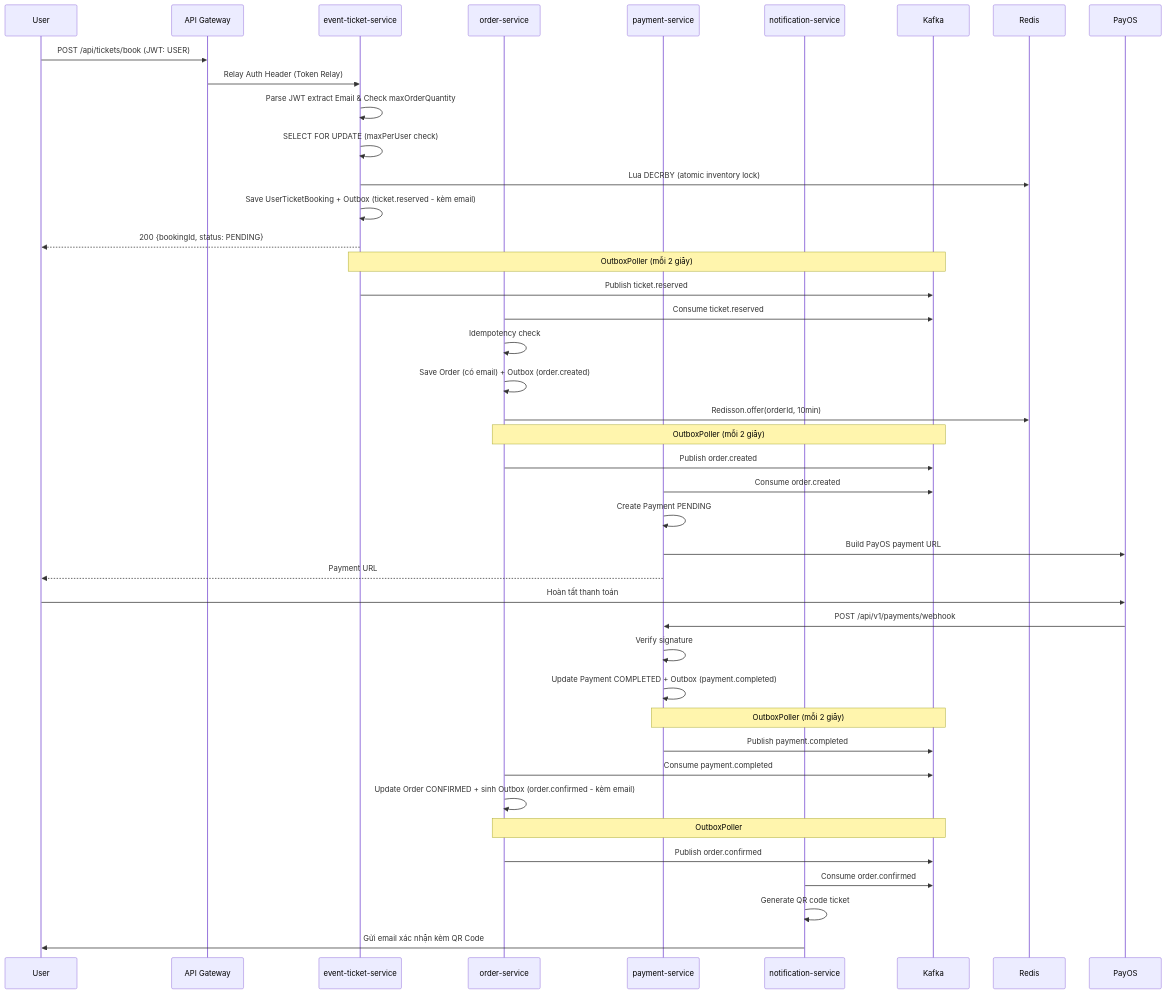
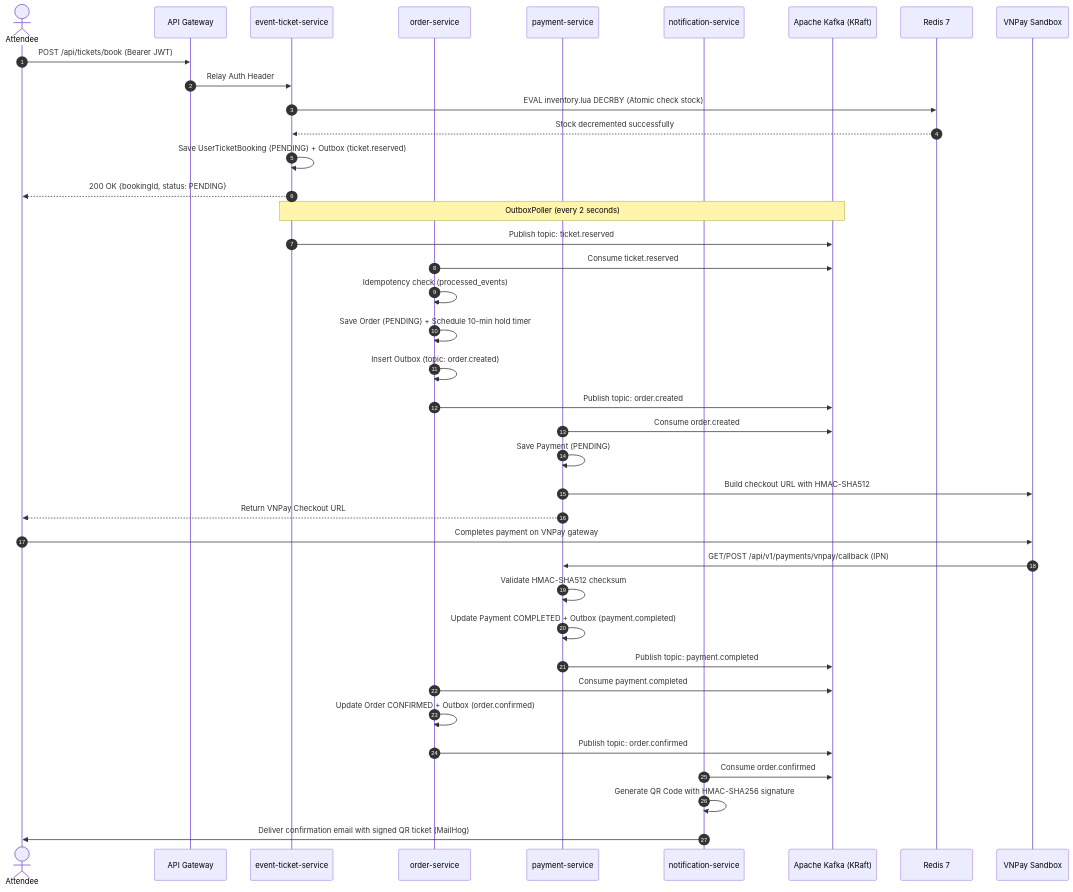
One commit to tcnguywn/event-ticket-booking changed the third of 5 diagrams in docs/analysis-and-design.md. Above: the diagram before and after it, drawn with Mermaid. The commit also changed other lines of this file and 2 other files, not shown here.

````diff
--- a/docs/analysis-and-design.md
+++ b/docs/analysis-and-design.md
@@ -167,54 +217,48 @@
 ```mermaid
 sequenceDiagram
-    participant U as User
+    autonumber
+    actor Attendee
     participant GW as API Gateway
     participant ETS as event-ticket-service
     participant OS as order-service
     participant PS as payment-service
     participant NS as notification-service
-    participant K as Kafka
-    participant R as Redis
-    participant PO as PayOS
+    participant Kafka as Apache Kafka (KRaft)
+    participant Redis as Redis 7
+    participant VNPay as VNPay Sandbox
 
-    U->>GW: POST /api/tickets/book (JWT: USER)
-    GW->>ETS: Relay Auth Header (Token Relay)
-    ETS->>ETS: Parse JWT extract Email & Check maxOrderQuantity
-    ETS->>ETS: SELECT FOR UPDATE (maxPerUser check)
-    ETS->>R: Lua DECRBY (atomic inventory lock)
-    ETS->>ETS: Save UserTicketBooking + Outbox (ticket.reserved - kèm email)
-    ETS-->>U: 200 {bookingId, status: PENDING}
+    Attendee->>GW: POST /api/tickets/book (Bearer JWT)
+    GW->>ETS: Relay Auth Header
+    ETS->>Redis: EVAL inventory.lua DECRBY (Atomic check stock)
+    Redis-->>ETS: Stock decremented successfully
+    ETS->>ETS: Save UserTicketBooking (PENDING) + Outbox (ticket.reserved)
+    ETS-->>Attendee: 200 OK {bookingId, status: PENDING}
 
-    Note over ETS,K: OutboxPoller (mỗi 2 giây)
-    ETS->>K: Publish ticket.reserved
+    Note over ETS,Kafka: OutboxPoller (every 2 seconds)
+    ETS->>Kafka: Publish topic: ticket.reserved
 
-    OS->>K: Consume ticket.reserved
-    OS->>OS: Idempotency check
-    OS->>OS: Save Order (có email) + Outbox (order.created)
-    OS->>R: Redisson.offer(orderId, 10min)
+    OS->>Kafka: Consume ticket.reserved
+    OS->>OS: Idempotency check (processed_events)
+    OS->>OS: Save Order (PENDING) + Schedule 10-min hold timer
+    OS->>OS: Insert Outbox (topic: order.created)
+    OS->>Kafka: Publish topic: order.created
 
-    Note over OS,K: OutboxPoller (mỗi 2 giây)
-    OS->>K: Publish order.created
+    PS->>Kafka: Consume order.created
+    PS->>PS: Save Payment (PENDING)
+    PS->>VNPay: Build checkout URL with HMAC-SHA512
+    PS-->>Attendee: Return VNPay Checkout URL
 
-    PS->>K: Consume order.created
-    PS->>PS: Create Payment PENDING
-    PS->>PO: Build PayOS payment URL
-    PS-->>U: Payment URL
+    Attendee->>VNPay: Completes payment on VNPay gateway
+    VNPay->>PS: GET/POST /api/v1/payments/vnpay/callback (IPN)
+    PS->>PS: Validate HMAC-SHA512 checksum
+    PS->>PS: Update Payment COMPLETED + Outbox (payment.completed)
+    PS->>Kafka: Publish topic: payment.completed
 
-    U->>PO: Hoàn tất thanh toán
-    PO->>PS: POST /api/v1/payments/webhook
-    PS->>PS: Verify signature 
-    PS->>PS: Update Payment COMPLETED + Outbox (payment.completed)
+    OS->>Kafka: Consume payment.completed
+    OS->>OS: Update Order CONFIRMED + Outbox (order.confirmed)
+    OS->>Kafka: Publish topic: order.confirmed
 
-    Note over PS,K: OutboxPoller (mỗi 2 giây)
-    PS->>K: Publish payment.completed
-
-    OS->>K: Consume payment.completed
-    OS->>OS: Update Order CONFIRMED + sinh Outbox (order.confirmed - kèm email)
-    
-    Note over OS,K: OutboxPoller
-    OS->>K: Publish order.confirmed
-
-    NS->>K: Consume order.confirmed
-    NS->>NS: Generate QR code ticket
-    NS->>U: Gửi email xác nhận kèm QR Code
+    NS->>Kafka: Consume order.confirmed
+    NS->>NS: Generate QR Code with HMAC-SHA256 signature
+    NS->>Attendee: Deliver confirmation email with signed QR ticket (MailHog)
 ```
````
